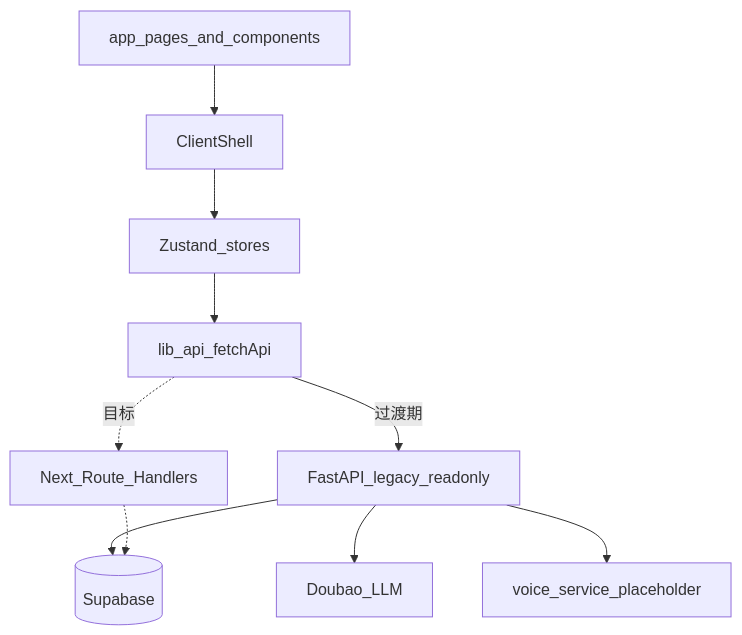
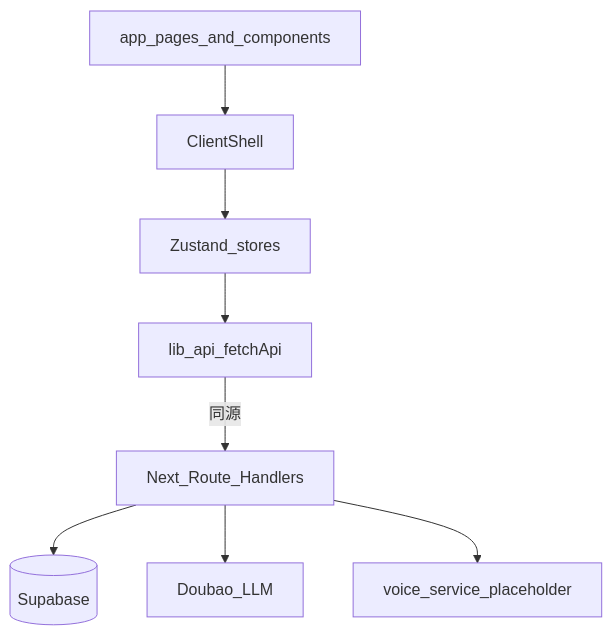
Before and after one commit to AIMFllys/SangZi_Care: the diagram in docs/详解/项目结构详解.md, drawn with Mermaid. The commit also changed other lines of this file and 11 other files, not shown here.

First line of the commit message:
docs: refresh project docs for Next.js full-stack architecture

````diff
--- a/docs/详解/项目结构详解.md
+++ b/docs/详解/项目结构详解.md
@@ -346,21 +320,18 @@
 ```mermaid
 flowchart TB
   UI[app_pages_and_components]
   Shell[ClientShell]
   Stores[Zustand_stores]
   Api[lib_api_fetchApi]
-  FastAPI[FastAPI_legacy_readonly]
   EdgeNext[Next_Route_Handlers]
   SB[(Supabase)]
   Doubao[Doubao_LLM]
   VoiceStub[voice_service_placeholder]
   UI --> Shell
   Shell --> Stores
   Stores --> Api
-  Api -->|"过渡期"| FastAPI
-  Api -.->|"目标"| EdgeNext
-  FastAPI --> SB
-  FastAPI --> Doubao
-  FastAPI --> VoiceStub
-  EdgeNext -.-> SB
+  Api -->|"同源"| EdgeNext
+  EdgeNext --> SB
+  EdgeNext --> Doubao
+  EdgeNext --> VoiceStub
 ```
````
